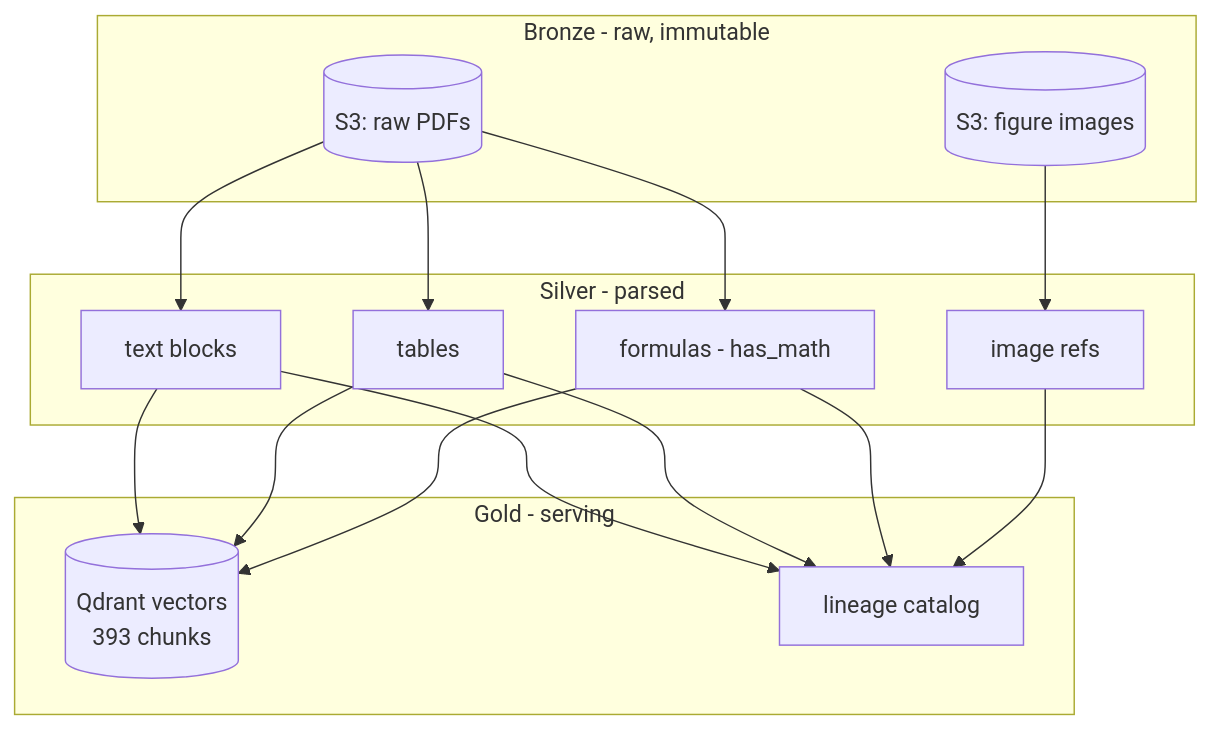
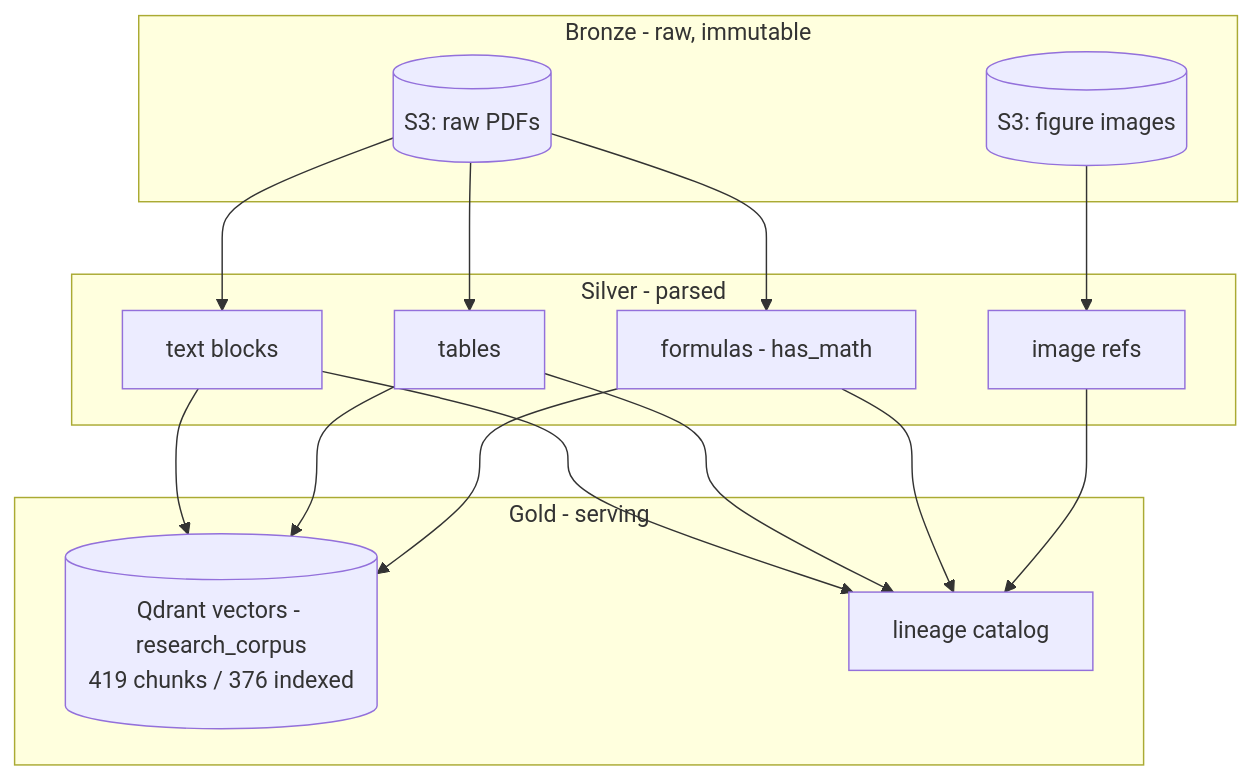
The third of 3 diagrams in architecture/02a-data-ingestion-asbuilt.md (hemantsadhwani/yantra-research-lab), drawn with Mermaid before and after one commit. The commit also changed other lines of this file and 17 other files, not shown here.

````diff
--- a/architecture/02a-data-ingestion-asbuilt.md
+++ b/architecture/02a-data-ingestion-asbuilt.md
@@ -84,21 +86,21 @@
 ```mermaid
 flowchart TD
   subgraph B[Bronze - raw, immutable]
     B1[(S3: raw PDFs)]
     B2[(S3: figure images)]
   end
   subgraph S[Silver - parsed]
     S1[text blocks]
     S2[tables]
     S3[formulas - has_math]
     S4[image refs]
   end
   subgraph G[Gold - serving]
-    G1[(Qdrant vectors\n393 chunks)]
+    G1[(Qdrant vectors - research_corpus\n419 chunks / 376 indexed)]
     G2[lineage catalog]
   end
   B1 --> S1 & S2 & S3
   B2 --> S4
   S1 & S2 & S3 --> G1
   S1 & S2 & S3 & S4 --> G2
 ```
````
